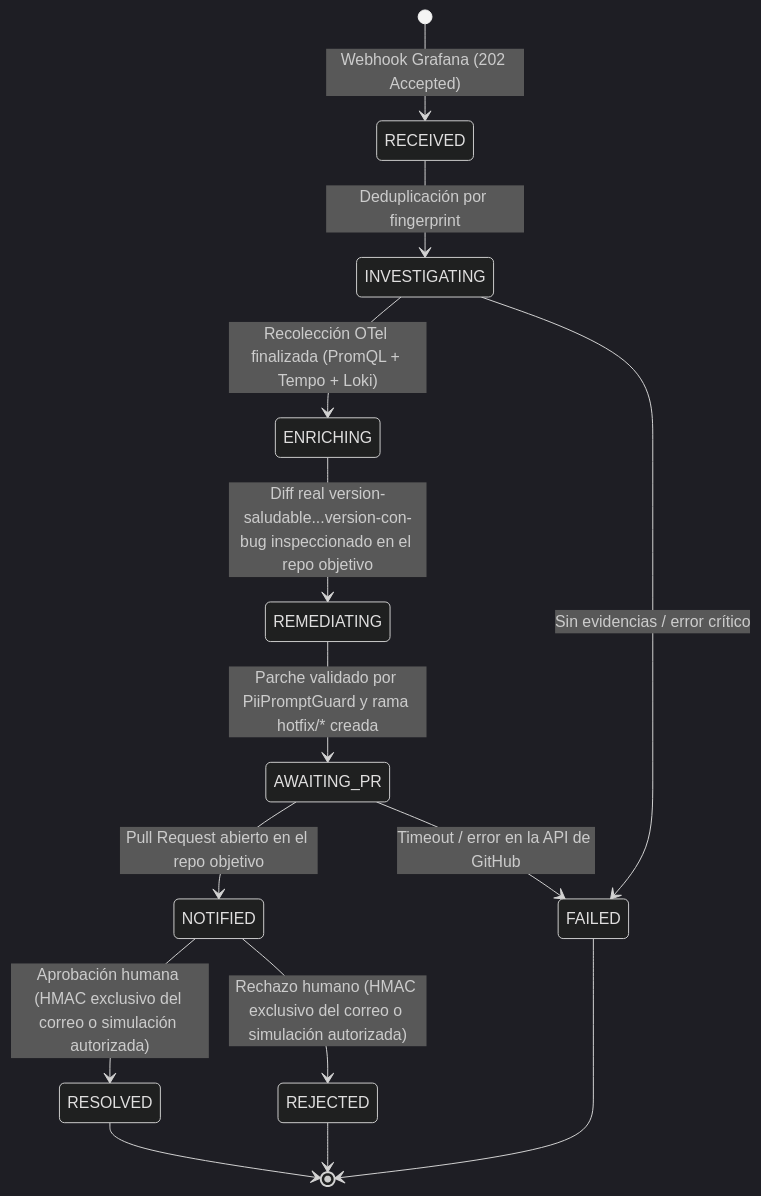
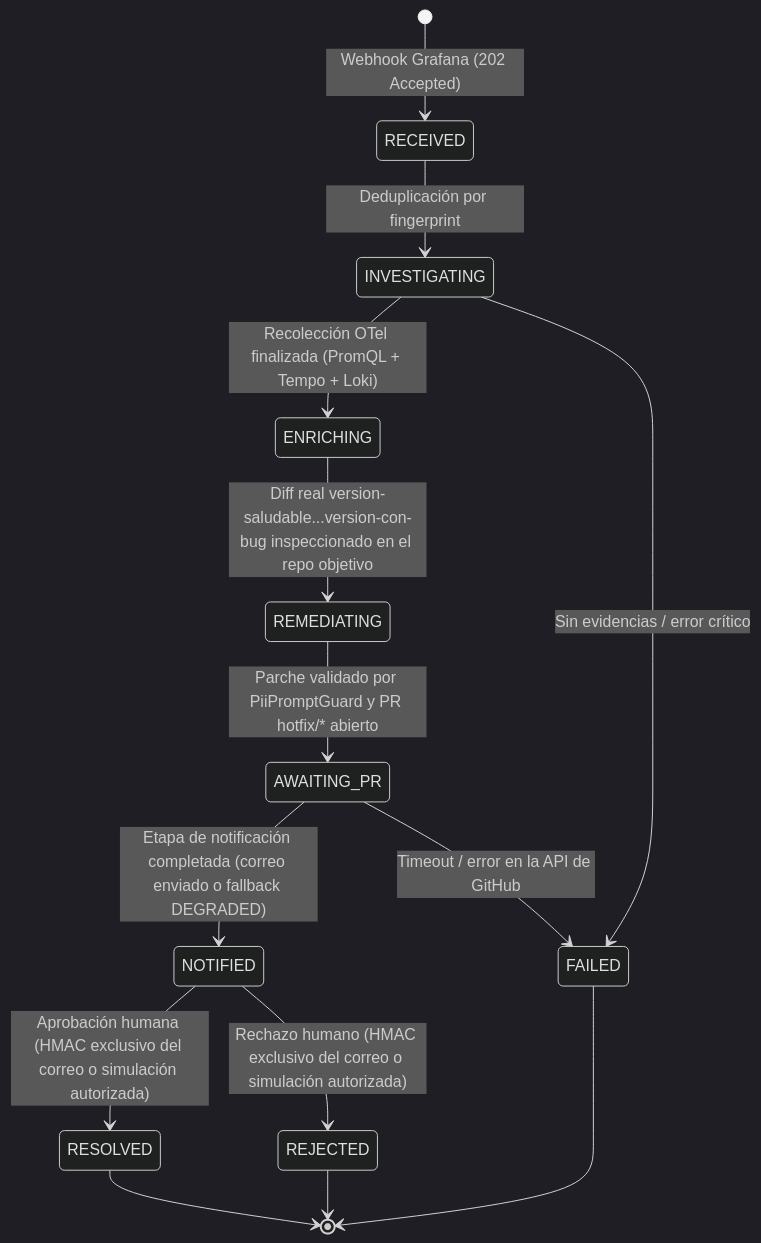
One commit to AdmilsonGoncalves/zeromttr changed the second of 2 diagrams in apps/docs/i18n/es-ES/docusaurus-plugin-content-docs/current/architecture.md. Above: the diagram before and after it, drawn with Mermaid (dark theme). The commit also changed other lines of this file and 30 other files, not shown here.

````diff
--- a/apps/docs/i18n/es-ES/docusaurus-plugin-content-docs/current/architecture.md
+++ b/apps/docs/i18n/es-ES/docusaurus-plugin-content-docs/current/architecture.md
@@ -59,17 +59,17 @@
 ```mermaid
 stateDiagram-v2
     direction TB
     [*] --> RECEIVED: Webhook Grafana (202 Accepted)
     RECEIVED --> INVESTIGATING: Deduplicación por fingerprint
     INVESTIGATING --> ENRICHING: Recolección OTel finalizada (PromQL + Tempo + Loki)
     INVESTIGATING --> FAILED: Sin evidencias / error crítico
     ENRICHING --> REMEDIATING: Diff real version-saludable...version-con-bug inspeccionado en el repo objetivo
-    REMEDIATING --> AWAITING_PR: Parche validado por PiiPromptGuard y rama hotfix/* creada
-    AWAITING_PR --> NOTIFIED: Pull Request abierto en el repo objetivo
+    REMEDIATING --> AWAITING_PR: Parche validado por PiiPromptGuard y PR hotfix/* abierto
+    AWAITING_PR --> NOTIFIED: Etapa de notificación completada (correo enviado o fallback DEGRADED)
     AWAITING_PR --> FAILED: Timeout / error en la API de GitHub
     NOTIFIED --> RESOLVED: Aprobación humana (HMAC exclusivo del correo o simulación autorizada)
     NOTIFIED --> REJECTED: Rechazo humano (HMAC exclusivo del correo o simulación autorizada)
     RESOLVED --> [*]
     REJECTED --> [*]
     FAILED --> [*]
 ```
````
